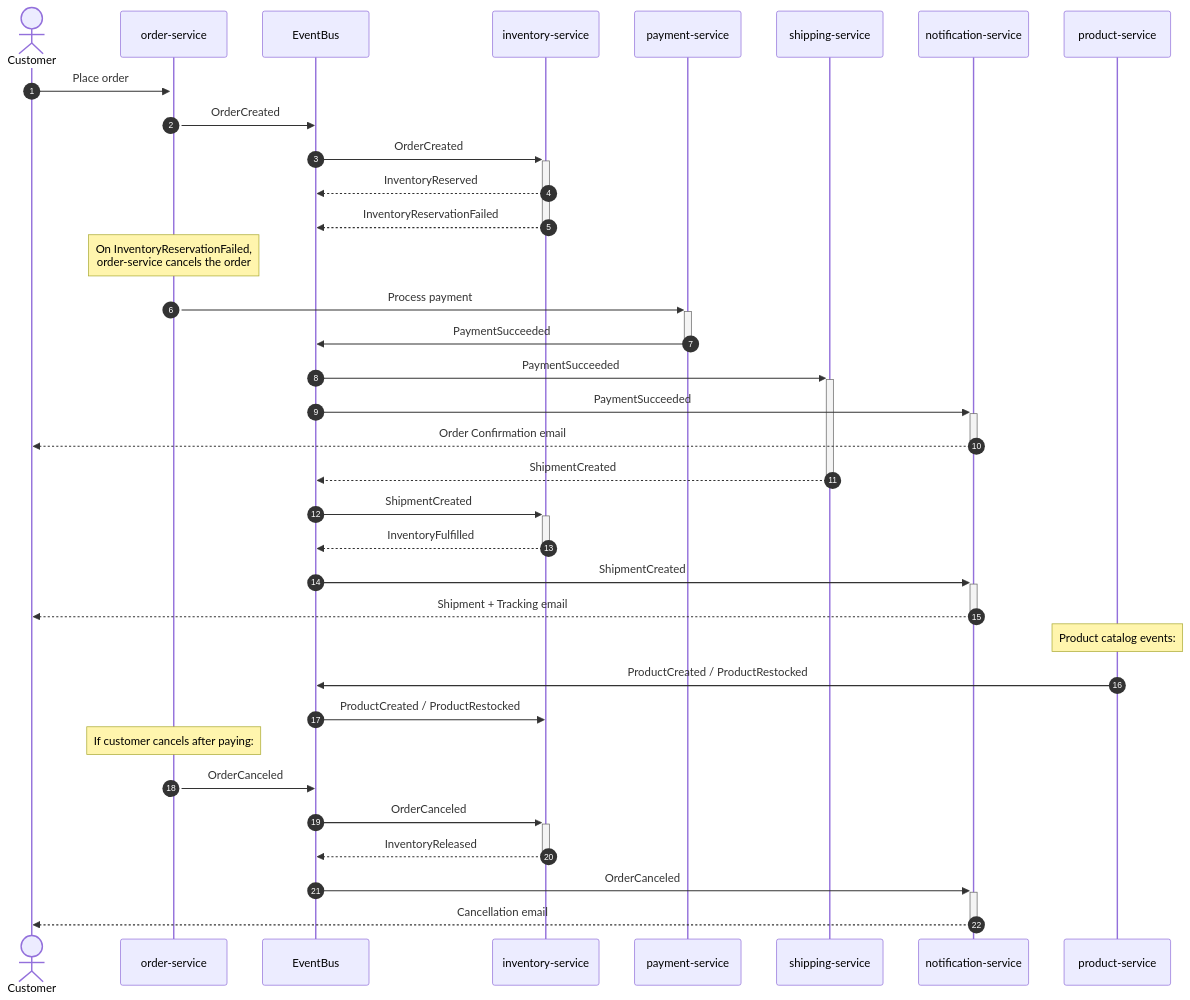
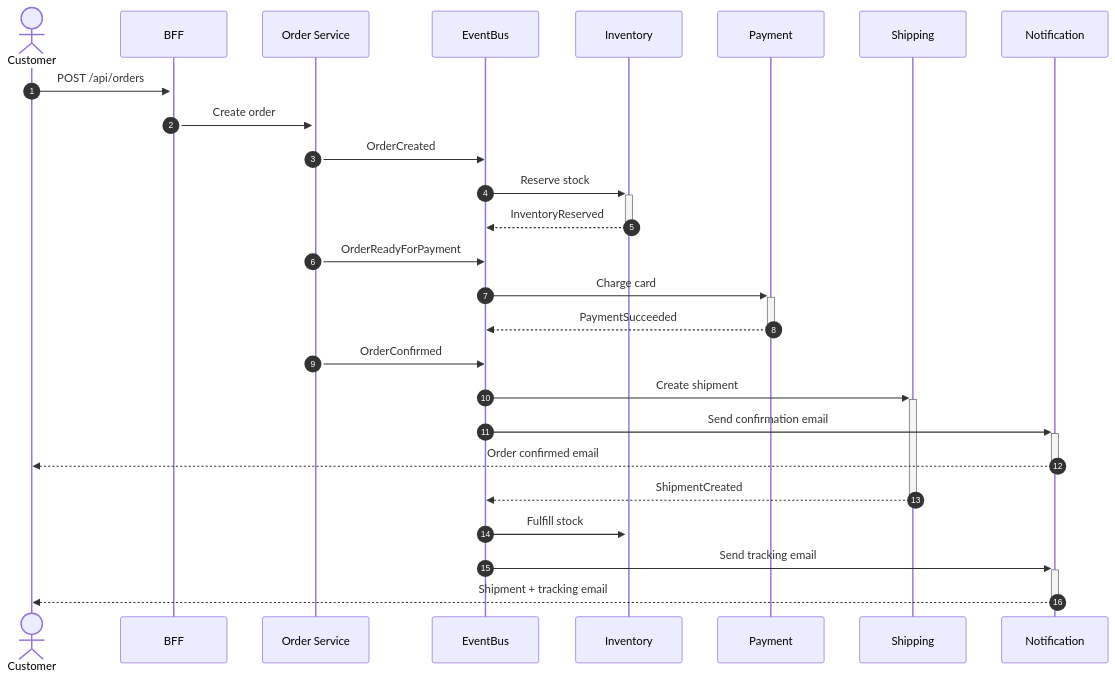
Before and after one commit to yaochongchow/ecommerce-microservice: the diagram in README.md, drawn with Mermaid. The commit also changed other lines of this file and 74 other files, not shown here.

````diff
--- a/README.md
+++ b/README.md
@@ -25,38 +38,26 @@
 ```mermaid
 sequenceDiagram
     autonumber
     actor Customer
 
-    Customer->>+order-service: Place order
-    order-service->>EventBus: OrderCreated
-    EventBus->>+inventory-service: OrderCreated
-    inventory-service-->>EventBus: InventoryReserved
-    inventory-service-->>-EventBus: InventoryReservationFailed
+    Customer->>+BFF: POST /api/orders
+    BFF->>+Order Service: Create order
+    Order Service->>EventBus: OrderCreated
+    EventBus->>+Inventory: Reserve stock
+    Inventory-->>-EventBus: InventoryReserved
 
-    Note over order-service: On InventoryReservationFailed,<br/>order-service cancels the order
+    Order Service->>EventBus: OrderReadyForPayment
+    EventBus->>+Payment: Charge card
+    Payment-->>-EventBus: PaymentSucceeded
 
-    order-service->>+payment-service: Process payment
-    payment-service->>EventBus: PaymentSucceeded
-    deactivate payment-service
-    EventBus->>+shipping-service: PaymentSucceeded
-    EventBus->>+notification-service: PaymentSucceeded
-    notification-service-->>-Customer: Order Confirmation email
+    Order Service->>EventBus: OrderConfirmed
+    EventBus->>+Shipping: Create shipment
+    EventBus->>+Notification: Send confirmation email
+    Notification-->>-Customer: Order confirmed email
 
-    shipping-service-->>EventBus: ShipmentCreated
-    deactivate shipping-service
-    EventBus->>+inventory-service: ShipmentCreated
-    inventory-service-->>-EventBus: InventoryFulfilled
-    EventBus->>+notification-service: ShipmentCreated
-    notification-service-->>-Customer: Shipment + Tracking email
-
-    Note over product-service: Product catalog events:
-    product-service->>EventBus: ProductCreated / ProductRestocked
-    EventBus->>inventory-service: ProductCreated / ProductRestocked
-
-    Note over order-service: If customer cancels after paying:
-    order-service->>EventBus: OrderCanceled
-    EventBus->>+inventory-service: OrderCanceled
-    inventory-service-->>-EventBus: InventoryReleased
-    EventBus->>+notification-service: OrderCanceled
-    notification-service-->>-Customer: Cancellation email
+    Shipping-->>EventBus: ShipmentCreated
+    deactivate Shipping
+    EventBus->>+Inventory: Fulfill stock
+    EventBus->>+Notification: Send tracking email
+    Notification-->>-Customer: Shipment + tracking email
 ```
````
